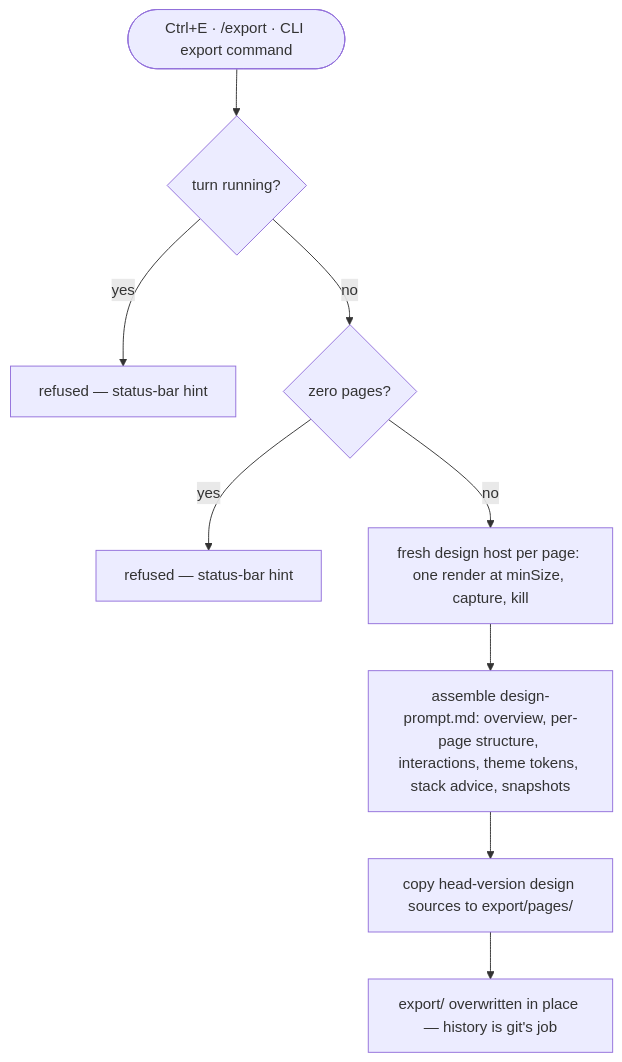
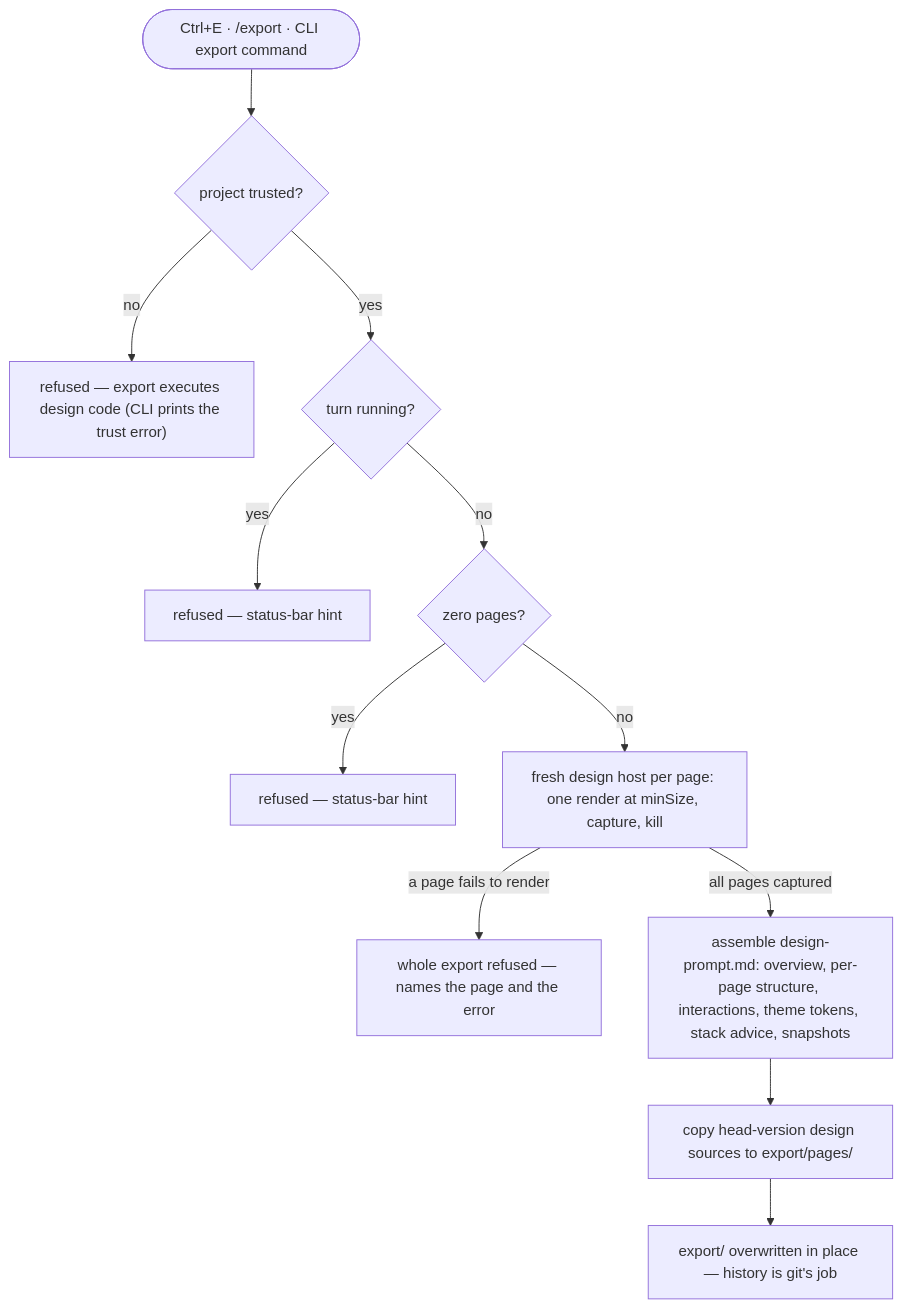
One commit to khmilevoi/termcraft changed the diagram in docs/architecture/flows/export.md. Above: the diagram before and after it, drawn with Mermaid. The commit also changed other lines of this file and 7 other files, not shown here.

````diff
--- a/docs/architecture/flows/export.md
+++ b/docs/architecture/flows/export.md
@@ -3,11 +3,14 @@
 ```mermaid
 flowchart TD
-    trigger(["Ctrl+E · /export · CLI export command"]) --> busy{"turn running?"}
+    trigger(["Ctrl+E · /export · CLI export command"]) --> trust{"project trusted?"}
+    trust -- "no" --> hint0["refused — export executes design code (CLI prints the trust error)"]
+    trust -- "yes" --> busy{"turn running?"}
     busy -- "yes" --> hint1["refused — status-bar hint"]
     busy -- "no" --> empty{"zero pages?"}
     empty -- "yes" --> hint2["refused — status-bar hint"]
     empty -- "no" --> snap["fresh design host per page: one render at minSize, capture, kill"]
-    snap --> prompt["assemble design-prompt.md: overview, per-page structure, interactions, theme tokens, stack advice, snapshots"]
+    snap -- "a page fails to render" --> fail["whole export refused — names the page and the error"]
+    snap -- "all pages captured" --> prompt["assemble design-prompt.md: overview, per-page structure, interactions, theme tokens, stack advice, snapshots"]
     prompt --> copy["copy head-version design sources to export/pages/"]
     copy --> done["export/ overwritten in place — history is git's job"]
 ```
````
